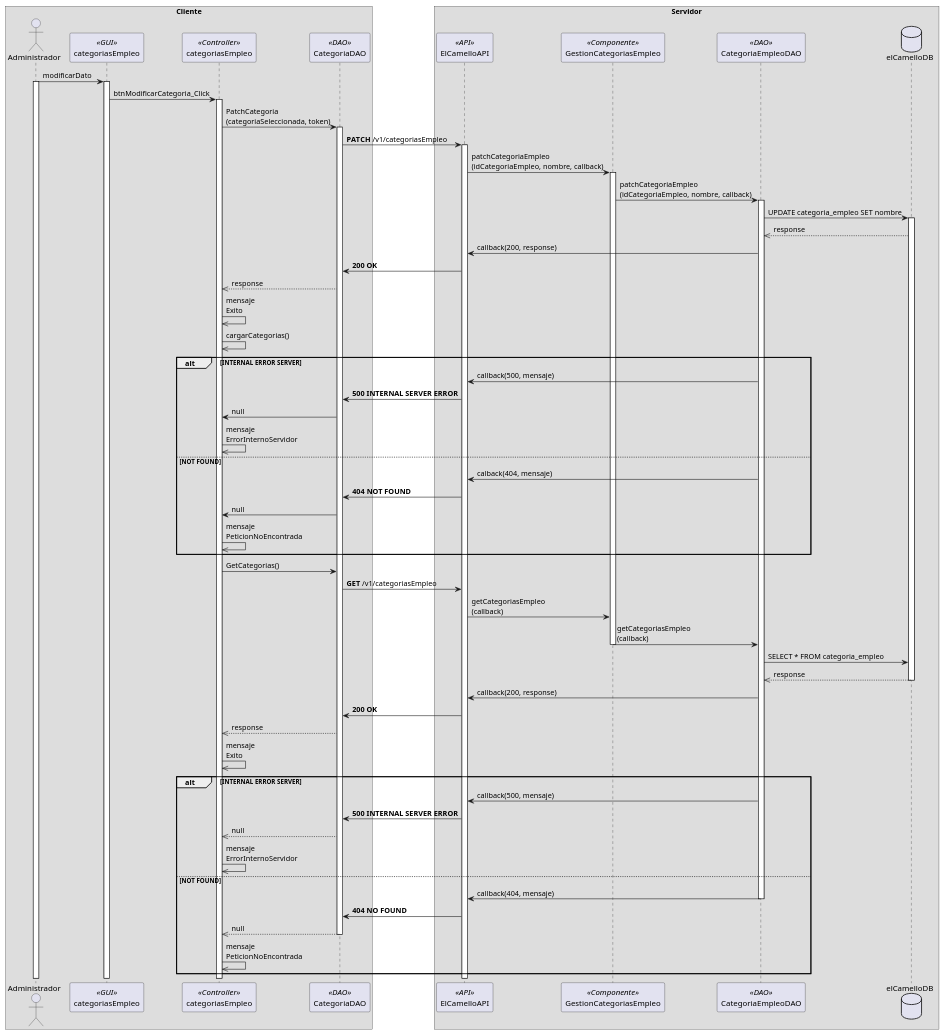
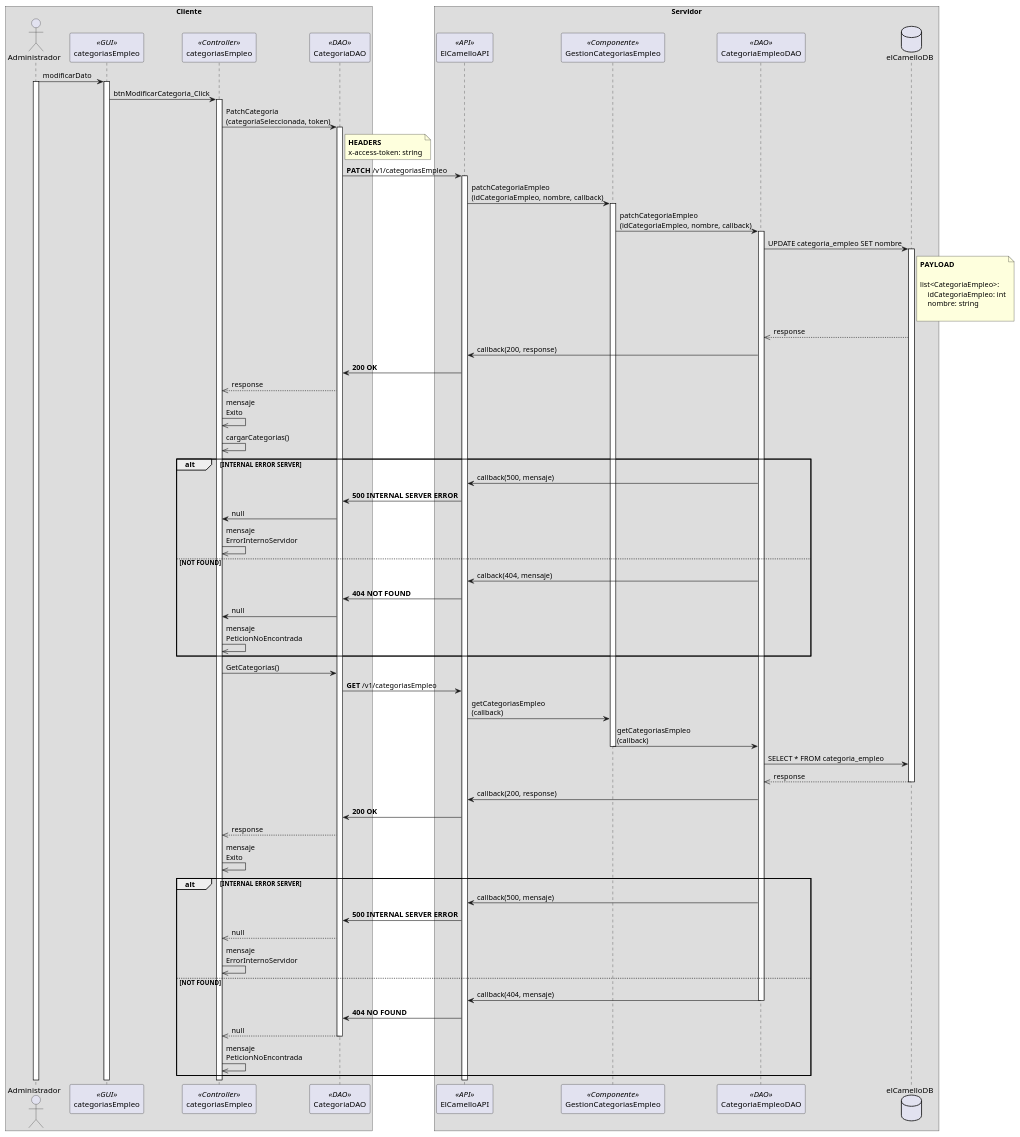
Before and after one commit to VictorArrys/API_WORK_PLATAFORM_ARRYS: the diagram in diagramas/secuencia/GestionCategorias/ModificarCategoria.puml, drawn with PlantUML. The commit also changed 11 other files, not shown here.

Commit message:
Diagramas de secuencia con notas

```diff
--- a/diagramas/secuencia/GestionCategorias/ModificarCategoria.puml
+++ b/diagramas/secuencia/GestionCategorias/ModificarCategoria.puml
@@ -1,126 +1,142 @@
 @startuml
 
 box Cliente
     actor Administrador as a
     participant categoriasEmpleo as b <<GUI>> 
     participant categoriasEmpleo as c <<Controller>>
     participant CategoriaDAO as d <<DAO>>
 
 end box
 
 box Servidor
     participant ElCamelloAPI as e <<API>>
     participant GestionCategoriasEmpleo as f <<Componente>>
     participant CategoriaEmpleoDAO as g <<DAO>>
     database elCamelloDB as db
 end box
 
 a -> b: modificarDato
 activate a
 activate b
 
 b -> c: btnModificarCategoria_Click
 activate c
 
 c -> d: PatchCategoria\n(categoriaSeleccionada, token)
 activate d
 
+note right of d  
+**HEADERS**
+x-access-token: string
+end note
+
 d -> e: **PATCH** /v1/categoriasEmpleo
 activate e
+
+
 
 e -> f: patchCategoriaEmpleo\n(idCategoriaEmpleo, nombre, callback)
 activate f
 
 f -> g: patchCategoriaEmpleo\n(idCategoriaEmpleo, nombre, callback)
 activate g
 
 g -> db: UPDATE categoria_empleo SET nombre
 activate db
+
+note right of db
+**PAYLOAD**
+
+list<CategoriaEmpleo>:
+    idCategoriaEmpleo: int
+    nombre: string
+
+end note
 
 db -->> g: response 
 
 
 g -> e: callback(200, response)
 
 
 e -> d: **200 OK**
 
 d -->> c: response
 
 c ->> c: mensaje\nExito
 
 c ->> c: cargarCategorias()
 
 alt INTERNAL ERROR SERVER
 
      g -> e: callback(500, mensaje)
 
      e -> d: **500 INTERNAL SERVER ERROR**
 
      d -> c: null
 
      c ->> c: mensaje\nErrorInternoServidor
 
 
 else NOT FOUND
 
     g -> e: calback(404, mensaje)
 
     e -> d: **404 NOT FOUND**
 
     d -> c: null
 
     c ->> c: mensaje\nPeticionNoEncontrada
 
 end
 
 c -> d: GetCategorias()
 
 d -> e: **GET** /v1/categoriasEmpleo
 
 e -> f: getCategoriasEmpleo\n(callback)
 
 f -> g: getCategoriasEmpleo\n(callback)
 deactivate f
 
 g -> db: SELECT * FROM categoria_empleo
 
 db -->> g: response
 deactivate db
 
 g -> e: callback(200, response)
 
 e -> d: **200 OK**
 
 d -->> c: response
 
 
 c ->> c: mensaje\nExito
 
 alt INTERNAL ERROR SERVER
 
     g -> e: callback(500, mensaje)
 
     e -> d: **500 INTERNAL SERVER ERROR**
 
     d -->> c: null
 
     c ->> c: mensaje\nErrorInternoServidor
 
 else NOT FOUND
 
     g -> e: callback(404, mensaje)
     deactivate g
 
     e -> d: **404 NO FOUND**
 
     d -->> c: null
     deactivate d
 
     c ->> c: mensaje\nPeticionNoEncontrada
 
 end
 
 
 
 @enduml
```
